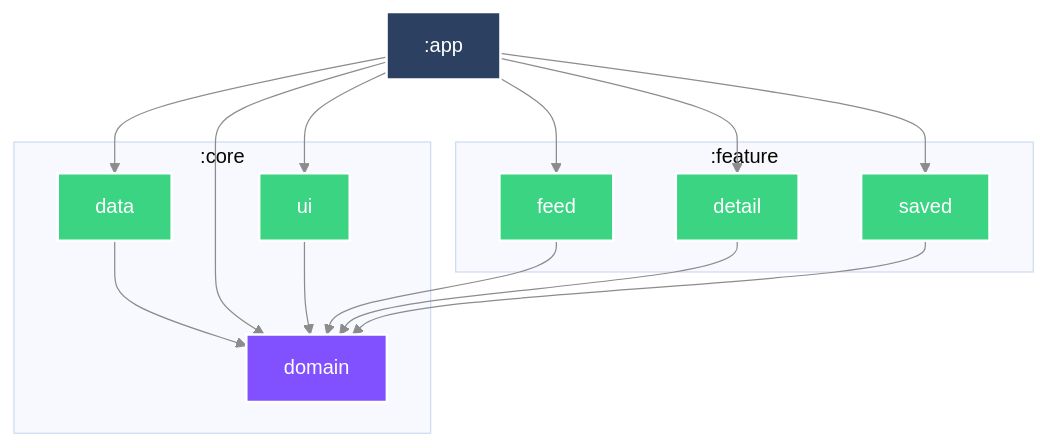
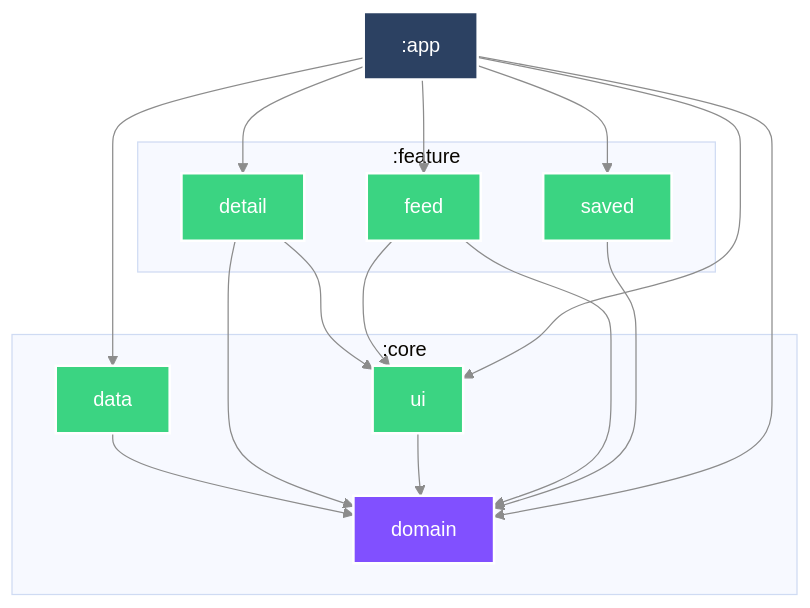
One commit to Mett-Barr/Mosaic changed the diagram in README.md. Above: the diagram before and after it, drawn with Mermaid. The commit also changed 6 other files, not shown here.

````diff
--- a/README.md
+++ b/README.md
@@ -39,43 +39,45 @@
 ```mermaid
 %%{
   init: {
     'theme': 'base',
     'themeVariables': {"lineColor":"#8C8C8C"}
   }
 }%%
 
 graph TB
   subgraph :core
     :core:data["data"]
     :core:domain["domain"]
     :core:ui["ui"]
   end
   subgraph :feature
     :feature:detail["detail"]
     :feature:feed["feed"]
     :feature:saved["saved"]
   end
   :core:data --> :core:domain
   :feature:detail --> :core:domain
+  :feature:detail --> :core:ui
   :core:ui --> :core:domain
   :feature:feed --> :core:domain
+  :feature:feed --> :core:ui
   :feature:saved --> :core:domain
   :app --> :core:data
   :app --> :core:domain
   :app --> :core:ui
   :app --> :feature:feed
   :app --> :feature:detail
   :app --> :feature:saved
 
 classDef android-library fill:#3BD482,stroke:#fff,stroke-width:2px,color:#fff;
 classDef kotlin-jvm fill:#8150FF,stroke:#fff,stroke-width:2px,color:#fff;
 classDef android-application fill:#2C4162,stroke:#fff,stroke-width:2px,color:#fff;
 class :core:data android-library
 class :core:domain kotlin-jvm
 class :feature:detail android-library
 class :core:ui android-library
 class :feature:feed android-library
 class :feature:saved android-library
 class :app android-application
 
 ```
````
